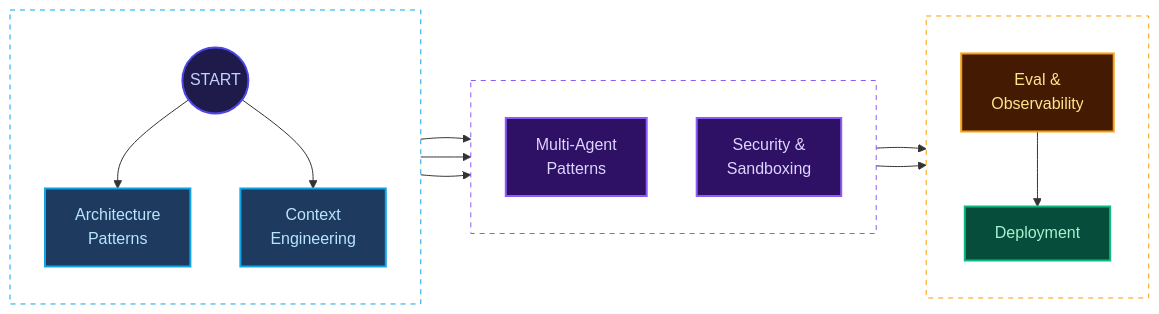
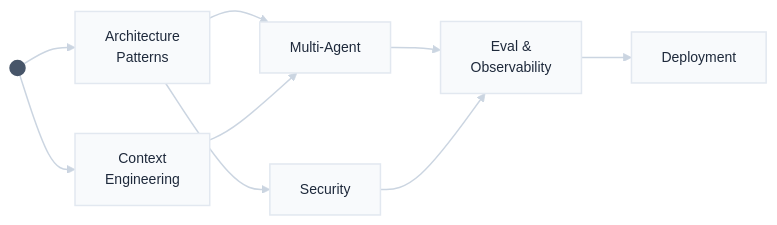
One commit to hoopyAI/practical-agent-engineering changed the diagram in README.md. Above: the diagram before and after it, drawn with Mermaid.

Commit message:
style: minimal monochrome learning map, no color noise

````diff
--- a/README.md
+++ b/README.md
@@ -19,38 +19,18 @@
 ```mermaid
+%%{init: {'theme': 'base', 'themeVariables': { 'fontSize': '14px', 'fontFamily': 'Georgia, serif', 'lineColor': '#94a3b8', 'primaryColor': '#f8fafc', 'primaryBorderColor': '#cbd5e1' }}}%%
+
 flowchart LR
-    subgraph FOUNDATION [" "]
-        direction TB
-        S(("START")):::start
-        S --> A["Architecture\nPatterns"]:::found
-        S --> B["Context\nEngineering"]:::found
-    end
+    S((" ")):::dot --> A["Architecture\nPatterns"]:::node
+    S --> B["Context\nEngineering"]:::node
+    A --> C["Multi-Agent"]:::node
+    B --> C
+    A --> D["Security"]:::node
+    C --> E["Eval &\nObservability"]:::node
+    D --> E
+    E --> F["Deployment"]:::node
 
-    subgraph BUILD [" "]
-        direction TB
-        C["Multi-Agent\nPatterns"]:::mid
-        D["Security &\nSandboxing"]:::mid
-    end
+    classDef dot fill:#475569,stroke:#475569,color:#475569
+    classDef node fill:#f8fafc,stroke:#e2e8f0,stroke-width:1.5px,color:#1e293b
 
-    subgraph SHIP [" "]
-        direction TB
-        E["Eval &\nObservability"]:::late
-        F["Deployment"]:::ship
-    end
-
-    A --> C
-    B --> C
-    A --> D
-    C --> E
-    D --> E
-    E --> F
-
-    classDef start fill:#1e1b4b,color:#c7d2fe,stroke:#4f46e5,stroke-width:2px
-    classDef found fill:#1e3a5f,color:#bae6fd,stroke:#0ea5e9,stroke-width:2px
-    classDef mid fill:#2e1065,color:#ddd6fe,stroke:#8b5cf6,stroke-width:2px
-    classDef late fill:#451a03,color:#fde68a,stroke:#f59e0b,stroke-width:2px
-    classDef ship fill:#064e3b,color:#a7f3d0,stroke:#10b981,stroke-width:2px
-
-    style FOUNDATION fill:none,stroke:#0ea5e9,stroke-width:1px,stroke-dasharray:5 5,color:#64748b
-    style BUILD fill:none,stroke:#8b5cf6,stroke-width:1px,stroke-dasharray:5 5,color:#64748b
-    style SHIP fill:none,stroke:#f59e0b,stroke-width:1px,stroke-dasharray:5 5,color:#64748b
+    linkStyle default stroke:#cbd5e1,stroke-width:1.5px
 ```
````
